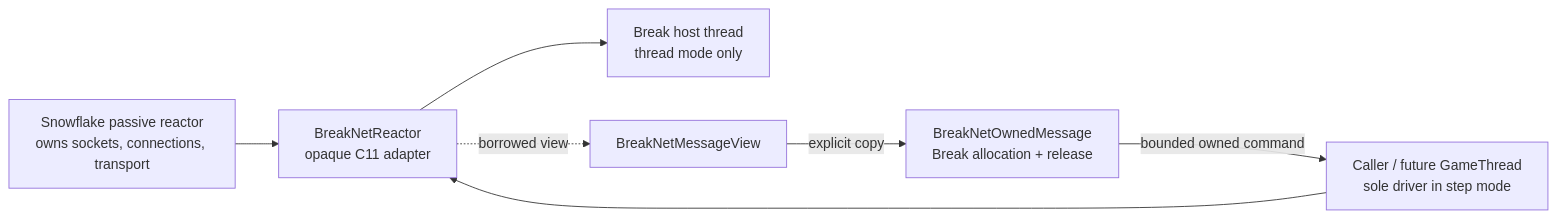
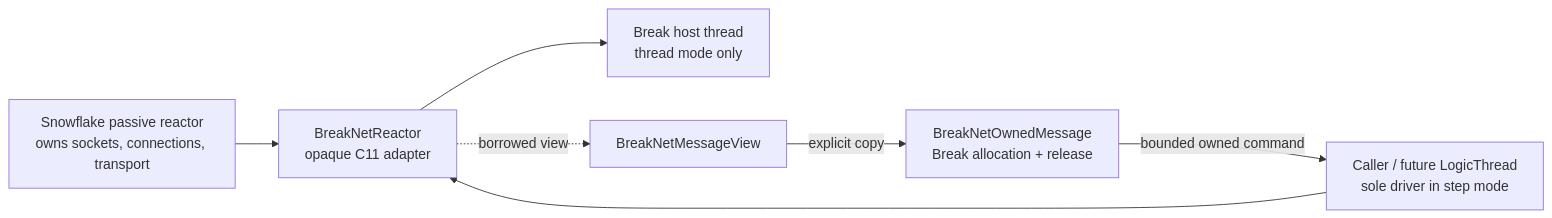
One commit to konyka/break changed the first of 3 diagrams in docs/design/snowflake_c11_adapter.md. Above: the diagram before and after it, drawn with Mermaid. The commit also changed other lines of this file and 95 other files, not shown here.

````diff
--- a/docs/design/snowflake_c11_adapter.md
+++ b/docs/design/snowflake_c11_adapter.md
@@ -209,9 +209,9 @@
 ```mermaid
 flowchart LR
     S[Snowflake passive reactor\nowns sockets, connections, transport] --> A[BreakNetReactor\nopaque C11 adapter]
     A --> H[Break host thread\nthread mode only]
-    G[Caller / future GameThread\nsole driver in step mode] --> A
+    G[Caller / future LogicThread\nsole driver in step mode] --> A
     A -. borrowed view .-> V[BreakNetMessageView]
     V -->|explicit copy| O[BreakNetOwnedMessage\nBreak allocation + release]
     O -->|bounded owned command| G
 ```
````
